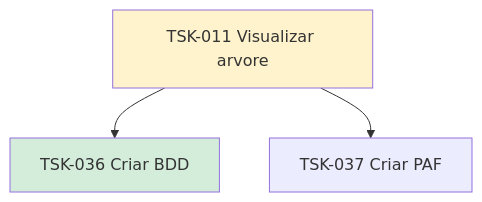
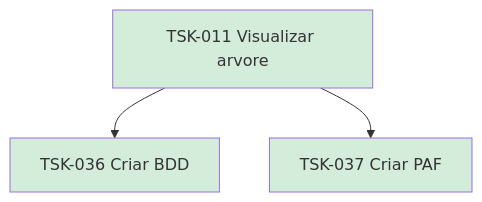
The diagram in flow/tasks/TSK-001-criar-epico/TSK-002-criar-as-historias/TSK-003-explorar/TSK-011-visualizar-arvore-de-arquivos/README.md (laerciogermano/workstation), drawn with Mermaid before and after one commit. The commit also changed other lines of this file and 21 other files, not shown here.

````diff
--- a/flow/tasks/TSK-001-criar-epico/TSK-002-criar-as-historias/TSK-003-explorar/TSK-011-visualizar-arvore-de-arquivos/README.md
+++ b/flow/tasks/TSK-001-criar-epico/TSK-002-criar-as-historias/TSK-003-explorar/TSK-011-visualizar-arvore-de-arquivos/README.md
@@ -12,10 +12,11 @@
 ```mermaid
 flowchart TD
   T011[TSK-011 Visualizar arvore]
   T036[TSK-036 Criar BDD]
   T037[TSK-037 Criar PAF]
   T011 --> T036
   T011 --> T037
-  style T011 fill:#fff3cd
+  style T011 fill:#d4edda
   style T036 fill:#d4edda
+  style T037 fill:#d4edda
 ```
````
